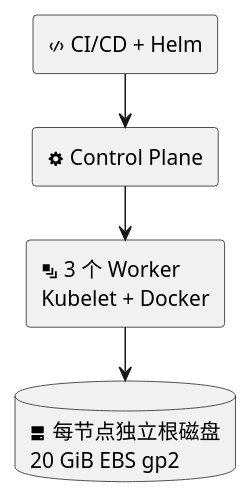
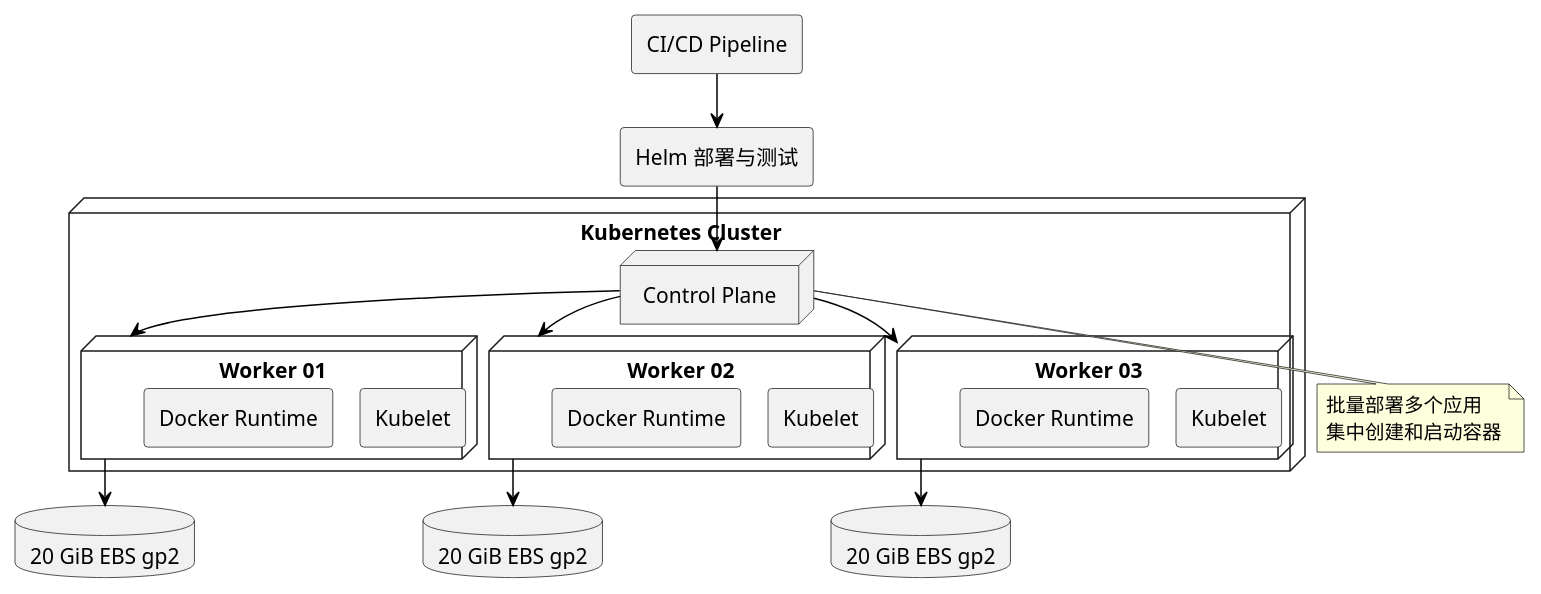
The first of 8 diagrams in src/content/posts/kubernetes-batch-deployment-node-notready-ebs-io.md (i-zrhe2016/blog.zrhe2016.cc), drawn with PlantUML before and after one commit. The commit also changed other lines of this file, not shown here.

Commit message:
content: restore original Kubernetes incident review

````diff
--- a/src/content/posts/kubernetes-batch-deployment-node-notready-ebs-io.md
+++ b/src/content/posts/kubernetes-batch-deployment-node-notready-ebs-io.md
@@ -40,15 +40,45 @@
-```plantuml CI/CD 与节点存储架构概览
+```plantuml CI/CD 批量部署与 Worker 独立根磁盘架构
 @startuml
 !pragma layout smetana
 skinparam backgroundColor white
 skinparam shadowing false
 skinparam defaultFontName "Microsoft YaHei"
-rectangle "<&code> CI/CD + Helm" as CI
-rectangle "<&cog> Control Plane" as CP
-rectangle "<&layers> 3 个 Worker\nKubelet + Docker" as W
-database "<&hard-drive> 每节点独立根磁盘\n20 GiB EBS gp2" as D
-CI --> CP
-CP --> W
-W --> D
+skinparam componentStyle rectangle
+skinparam ArrowColor black
+skinparam packageStyle rectangle
+
+top to bottom direction
+rectangle "CI/CD Pipeline" as CI
+rectangle "Helm 部署与测试" as Helm
+node "Kubernetes Cluster" {
+  node "Control Plane" as CP
+  node "Worker 01" as W1 {
+    component "Kubelet" as K1
+    component "Docker Runtime" as R1
+  }
+  node "Worker 02" as W2 {
+    component "Kubelet" as K2
+    component "Docker Runtime" as R2
+  }
+  node "Worker 03" as W3 {
+    component "Kubelet" as K3
+    component "Docker Runtime" as R3
+  }
+}
+database "20 GiB EBS gp2" as D1
+database "20 GiB EBS gp2" as D2
+database "20 GiB EBS gp2" as D3
+CI --> Helm
+Helm --> CP
+CP --> W1
+CP --> W2
+CP --> W3
+W1 --> D1
+W2 --> D2
+W3 --> D3
+note bottom of CP
+  批量部署多个应用
+  集中创建和启动容器
+end note
 @enduml
 ```
````
